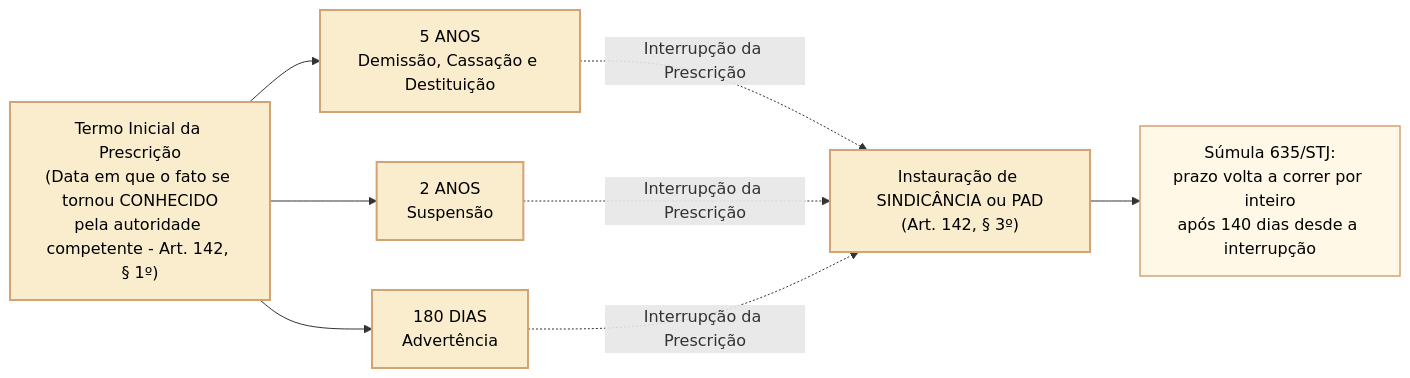
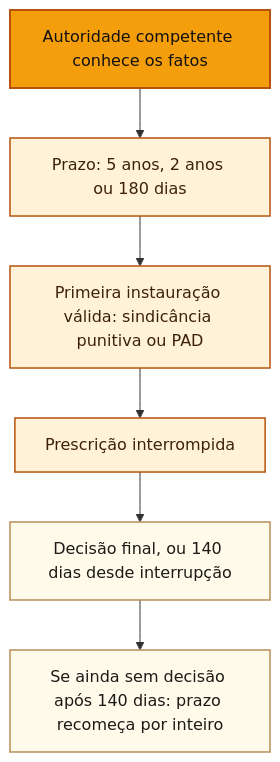
Before and after one commit to leorruas/concursos: the third of 3 diagrams in 3 - Materias/Direito Administrativo/22 - lei 8112 responsabilidades e penalidades disciplinares.md, drawn with Mermaid. The commit also changed other lines of this file, not shown here.

Commit message:
docs(didatica): explicar prescrição, ciência da autoridade e Súmula 635 no DA22

````diff
--- a/3 - Materias/Direito Administrativo/22 - lei 8112 responsabilidades e penalidades disciplinares.md
+++ b/3 - Materias/Direito Administrativo/22 - lei 8112 responsabilidades e penalidades disciplinares.md
@@ -213,18 +215,13 @@
 ```mermaid
-flowchart LR
-    classDef raiz fill:#faedcd,stroke:#d4a373,stroke-width:2px,color:#000000;
-    classDef criterio fill:#faedcd,stroke:#d4a373,stroke-width:2px,color:#000000;
-    classDef opcao fill:#fff8e7,stroke:#d4a373,stroke-width:1.5px,color:#000000;
+flowchart TD
+    classDef raiz fill:#f59e0b,stroke:#b45309,stroke-width:2px,color:#111111;
+    classDef criterio fill:#fff2d9,stroke:#b45309,stroke-width:1.5px,color:#3d2207;
+    classDef opcao fill:#fffbeb,stroke:#b68d58,stroke-width:1.5px,color:#1c1917;
 
-    TERMO["Termo Inicial da Prescrição<br>(Data em que o fato se tornou CONHECIDO<br>pela autoridade competente - Art. 142, § 1º)"]:::raiz
-    
-    TERMO --> DEM["5 ANOS<br>Demissão, Cassação e Destituição"]:::criterio
-    TERMO --> SUSP["2 ANOS<br>Suspensão"]:::criterio
-    TERMO --> ADV["180 DIAS<br>Advertência"]:::criterio
-    
-    DEM -. "Interrupção da Prescrição" .-> INT["Instauração de SINDICÂNCIA ou PAD<br>(Art. 142, § 3º)"]:::raiz
-    SUSP -. "Interrupção da Prescrição" .-> INT
-    ADV -. "Interrupção da Prescrição" .-> INT
-    
-    INT --> REIN["Súmula 635/STJ:<br>prazo volta a correr por inteiro<br>após 140 dias desde a interrupção"]:::opcao
+    A["Autoridade competente conhece os fatos"]:::raiz
+    A --> B["Prazo: 5 anos, 2 anos ou 180 dias"]:::criterio
+    B --> C["Primeira instauração válida: sindicância punitiva ou PAD"]:::criterio
+    C --> D["Prescrição interrompida"]:::criterio
+    D --> E["Decisão final, ou 140 dias desde interrupção"]:::opcao
+    E --> F["Se ainda sem decisão após 140 dias: prazo recomeça por inteiro"]:::opcao
 ```
````
